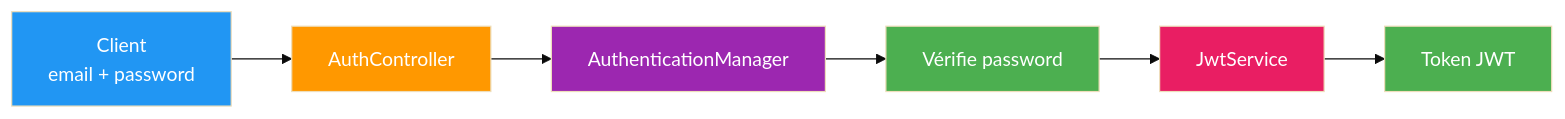
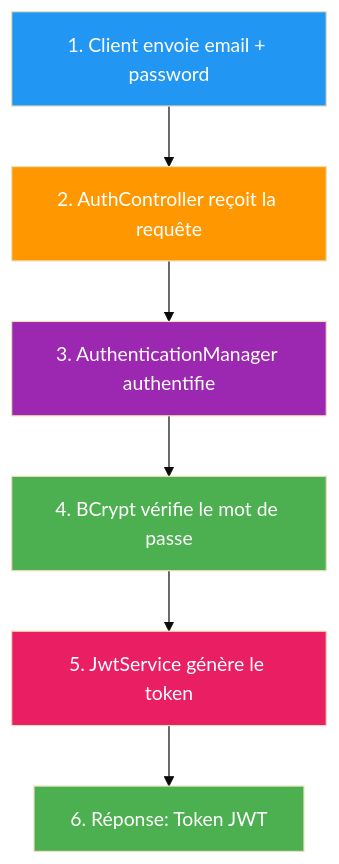
One commit to hrhouma1/inskillflow-docs-formation-spring-boot-projet-e-contact-backend changed diagram 19 of 33 in cours/24-security-config-detail.md. Above: the diagram before and after it, drawn with Mermaid (base theme). The commit also changed other lines of this file and 1 other file, not shown here.

Commit message:
Diagrammes en vertical (TB) - un en bas de l'autre pour meilleure lisibilite

````diff
--- a/cours/24-security-config-detail.md
+++ b/cours/24-security-config-detail.md
@@ -888,15 +888,16 @@
 ```mermaid
-graph LR
-    A["Client<br/>email + password"] --> B["AuthController"]
-    B --> C["AuthenticationManager"]
-    C --> D["Vérifie password"]
-    D --> E["JwtService"]
-    E --> F["Token JWT"]
+graph TB
+    A["1. Client envoie email + password"]
+    A --> B["2. AuthController reçoit la requête"]
+    B --> C["3. AuthenticationManager authentifie"]
+    C --> D["4. BCrypt vérifie le mot de passe"]
+    D --> E["5. JwtService génère le token"]
+    E --> F["6. Réponse: Token JWT"]
     
     style A fill:#2196F3,color:#fff
     style B fill:#FF9800,color:#fff
     style C fill:#9C27B0,color:#fff
     style D fill:#4CAF50,color:#fff
     style E fill:#E91E63,color:#fff
     style F fill:#4CAF50,color:#fff
 ```
````
